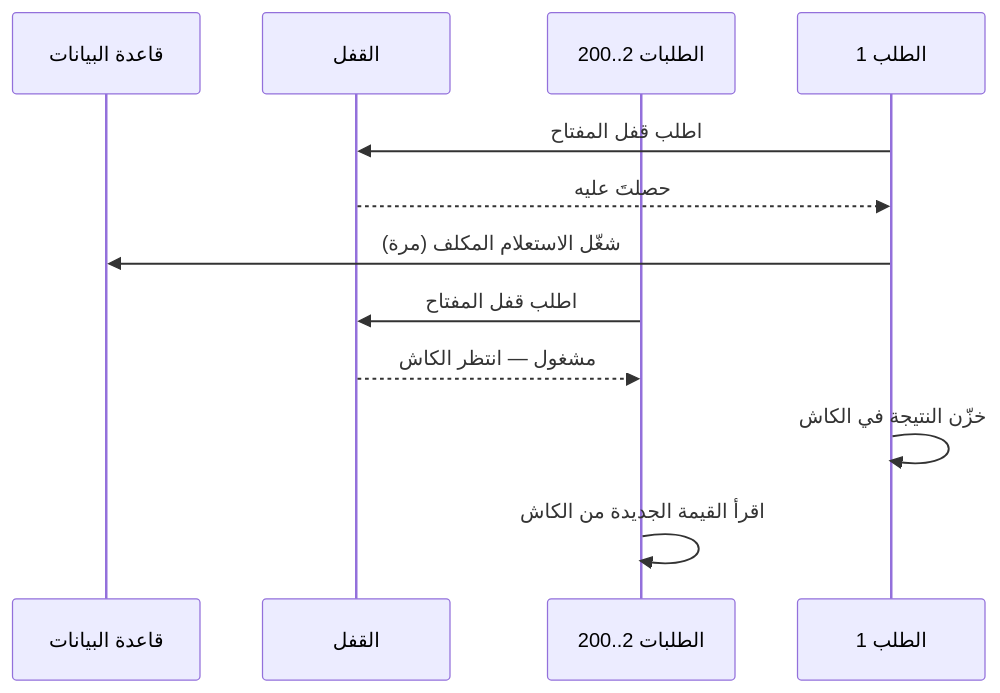
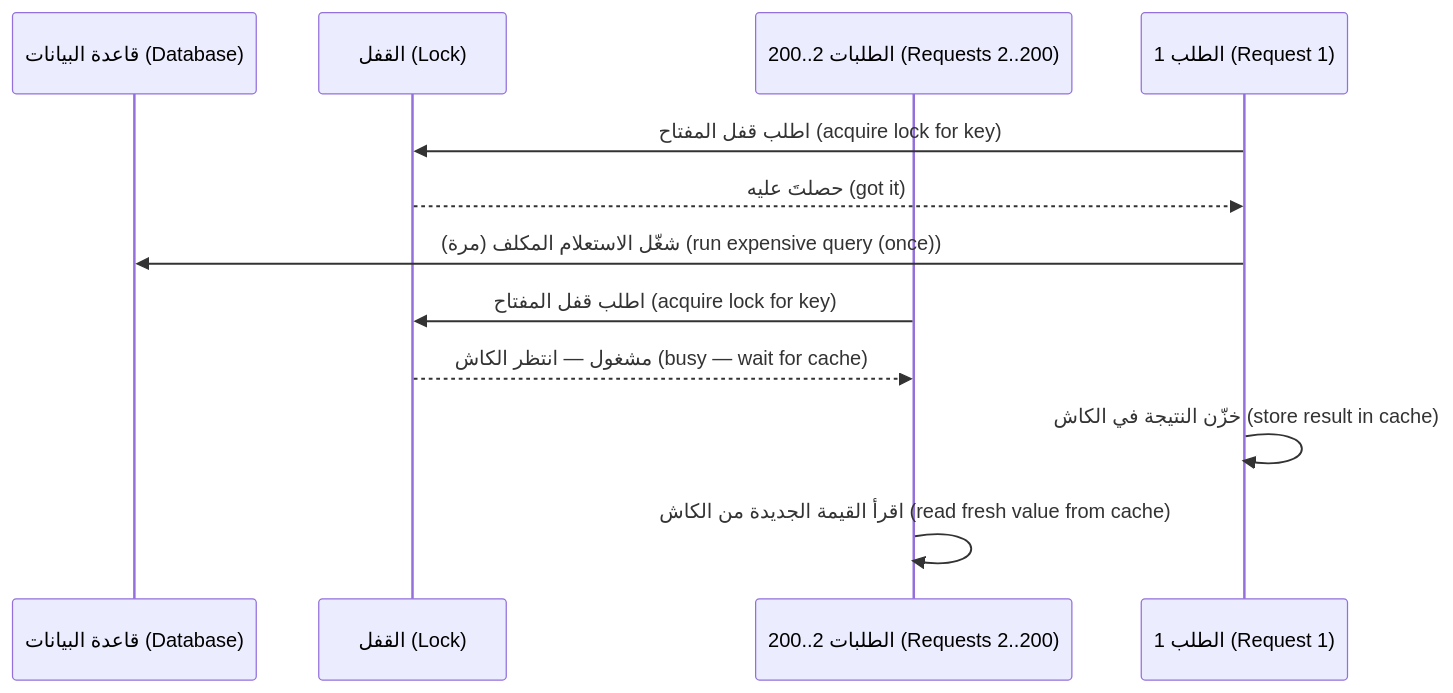
The fifth of 5 diagrams in modules/03-caching/module.ar.md (Tamoura/system-design-for-vibe-coders), drawn with Mermaid before and after one commit. The commit also changed other lines of this file and 62 other files, not shown here.

First line of the commit message:
Arabic editions: English on every diagram label, RTL fixes, rebuild

````diff
--- a/modules/03-caching/module.ar.md
+++ b/modules/03-caching/module.ar.md
@@ -383,14 +383,14 @@
 ```mermaid
 sequenceDiagram
-    participant DB as قاعدة البيانات
-    participant L as القفل
-    participant R2 as الطلبات 2..200
-    participant R1 as الطلب 1
-    R1->>L: اطلب قفل المفتاح
-    L-->>R1: حصلتَ عليه
-    R1->>DB: شغّل الاستعلام المكلف (مرة)
-    R2->>L: اطلب قفل المفتاح
-    L-->>R2: مشغول — انتظر الكاش
-    R1->>R1: خزّن النتيجة في الكاش
-    R2->>R2: اقرأ القيمة الجديدة من الكاش
+    participant DB as قاعدة البيانات (Database)
+    participant L as القفل (Lock)
+    participant R2 as الطلبات 2..200 (Requests 2..200)
+    participant R1 as الطلب 1 (Request 1)
+    R1->>L: اطلب قفل المفتاح (acquire lock for key)
+    L-->>R1: حصلتَ عليه (got it)
+    R1->>DB: شغّل الاستعلام المكلف (مرة) (run expensive query (once))
+    R2->>L: اطلب قفل المفتاح (acquire lock for key)
+    L-->>R2: مشغول — انتظر الكاش (busy — wait for cache)
+    R1->>R1: خزّن النتيجة في الكاش (store result in cache)
+    R2->>R2: اقرأ القيمة الجديدة من الكاش (read fresh value from cache)
 ```
````
